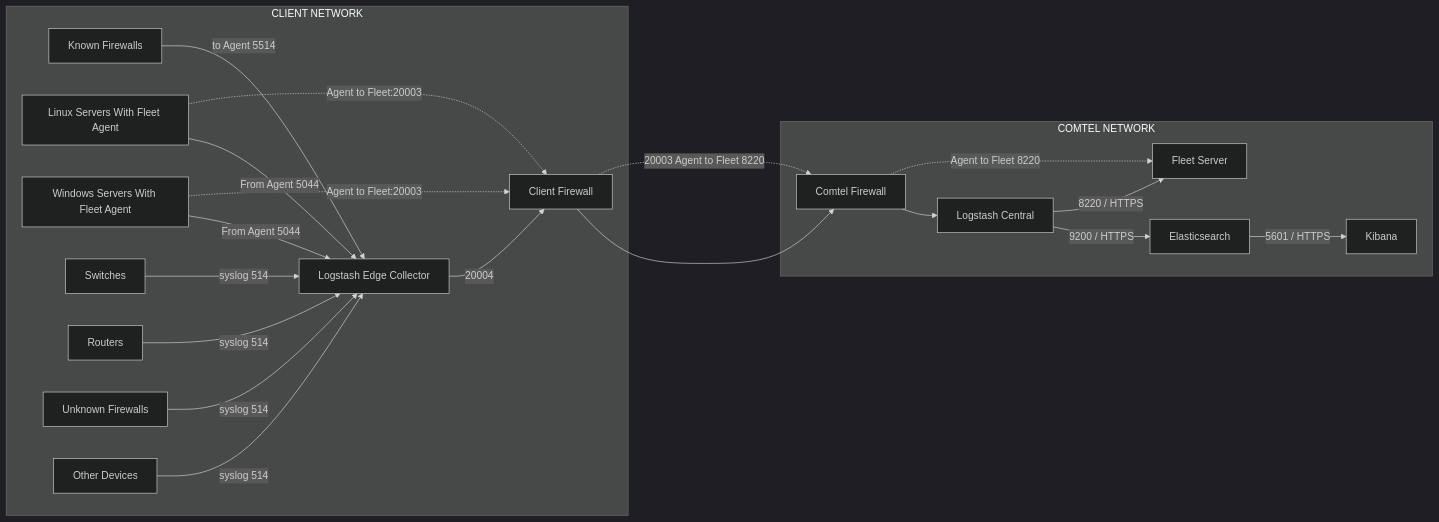
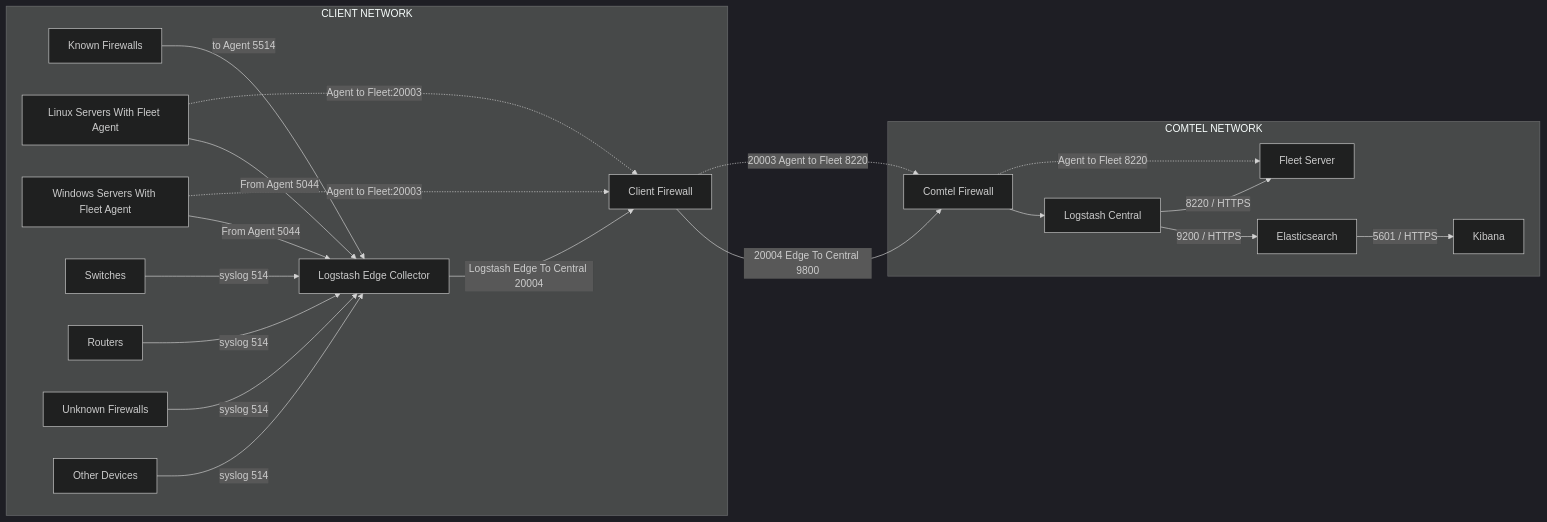
One commit to bhautik-comtel/ELK-config changed the diagram in README.md. Above: the diagram before and after it, drawn with Mermaid (dark theme).

````diff
--- a/README.md
+++ b/README.md
@@ -20,68 +20,68 @@
 ```mermaid
 flowchart LR
 
 %% =========================
 %% CLIENT NETWORK
 %% =========================
 subgraph CLIENT["CLIENT NETWORK"]
 
     KFW["Known Firewalls"]
     LNX["Linux Servers With Fleet Agent"]
     WIN["Windows Servers With Fleet Agent"]
     SW["Switches"]
     RTR["Routers"]
     FW["Unknown Firewalls"]
     OTH["Other Devices"]
 
 
     EDGE["Logstash Edge Collector"]
 
     FW --  "syslog 514" --> EDGE
     KFW -- "to Agent 5514" --> EDGE
     LNX -- "From Agent 5044" --> EDGE
     WIN -- "From Agent 5044" --> EDGE
     SW --  "syslog 514" --> EDGE
     RTR -- "syslog 514" --> EDGE
     OTH -- "syslog 514" --> EDGE
 
     CFW["Client Firewall"]
 
-    EDGE -- "20004" --> CFW
+    EDGE -- "Logstash Edge To Central 20004" --> CFW
 end
 
 %% =========================
 %% WAN / INTERNET
 %% =========================
 
 
 
 %% =========================
 %% COMTEL NETWORK
 %% =========================
 subgraph COMTEL["COMTEL NETWORK"]
 
     COMFW["Comtel Firewall"]
 
     CENTRAL["Logstash Central"]
 
     ES["Elasticsearch"]
 
     KB["Kibana"]
 
     FLEET["Fleet Server"]
 
     COMFW --> CENTRAL
 
     CENTRAL -- "9200 / HTTPS" --> ES
 
     ES -- "5601 / HTTPS" --> KB
 
     CENTRAL -- "8220 / HTTPS" --> FLEET
 end
 
-CFW --> COMFW
+CFW -- "20004 Edge To Central 9800" --> COMFW
 
 WIN -. "Agent to Fleet:20003" .-> CFW
 LNX -. "Agent to Fleet:20003" .-> CFW
 CFW -. "20003 Agent to Fleet 8220" .-> COMFW -."Agent to Fleet 8220".-> FLEET
 ```
````
